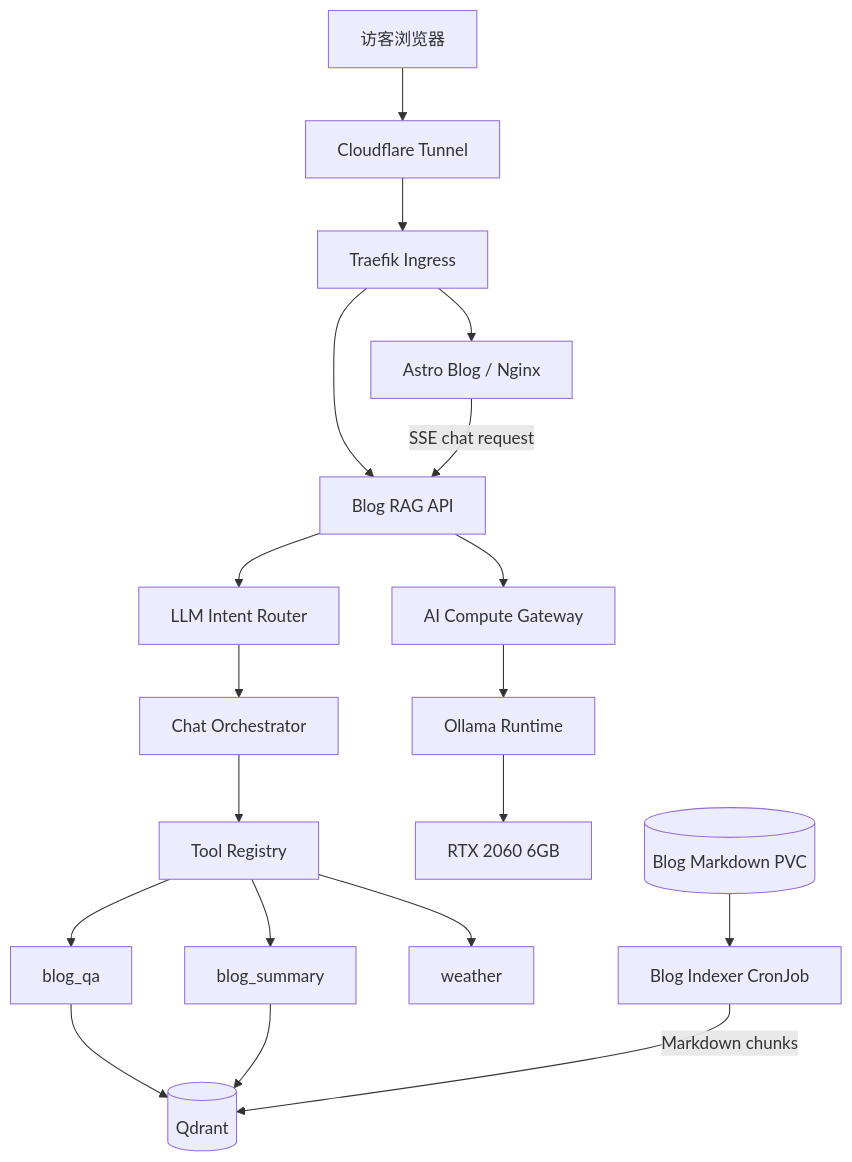
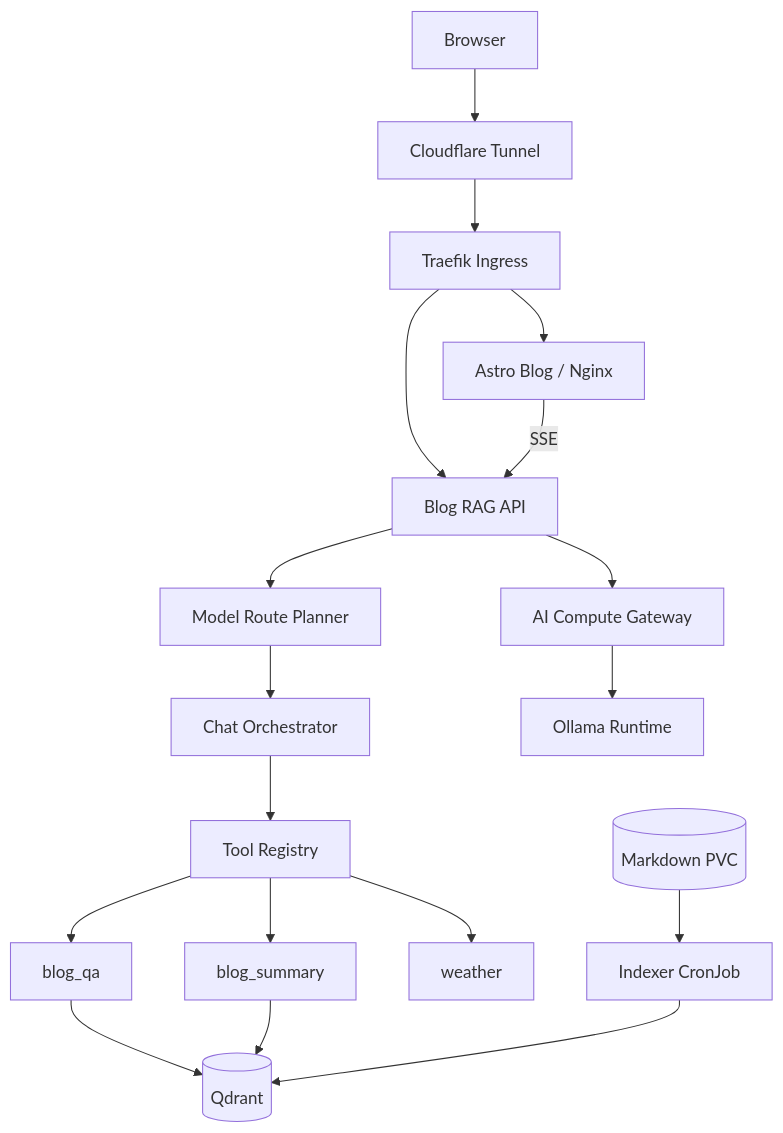
One commit to yinshengphy/blog changed the first of 3 diagrams in src/content/posts/building-a-blog-assistant.md. Above: the diagram before and after it, drawn with Mermaid. The commit also changed other lines of this file and 6 other files, not shown here.

````diff
--- a/src/content/posts/building-a-blog-assistant.md
+++ b/src/content/posts/building-a-blog-assistant.md
@@ -48,25 +53,24 @@
 ```mermaid
 flowchart TB
-    User[访客浏览器] --> Tunnel[Cloudflare Tunnel]
+    User[Browser] --> Tunnel[Cloudflare Tunnel]
     Tunnel --> Traefik[Traefik Ingress]
     Traefik --> Web[Astro Blog / Nginx]
     Traefik --> API[Blog RAG API]
 
-    Web -->|SSE chat request| API
-    API --> Router[LLM Intent Router]
+    Web -->|SSE| API
+    API --> Router[Model Route Planner]
     Router --> Orchestrator[Chat Orchestrator]
-    Orchestrator --> Tools[Tool Registry]
+    Orchestrator --> Registry[Tool Registry]
 
-    Tools --> BlogQA[blog_qa]
-    Tools --> Summary[blog_summary]
-    Tools --> Weather[weather]
+    Registry --> QA[blog_qa]
+    Registry --> Summary[blog_summary]
+    Registry --> Weather[weather]
 
-    BlogQA --> Qdrant[(Qdrant)]
+    QA --> Qdrant[(Qdrant)]
     Summary --> Qdrant
     API --> Gateway[AI Compute Gateway]
-    Gateway --> Ollama[Ollama Runtime]
-    Ollama --> GPU[RTX 2060 6GB]
+    Gateway --> Runtime[Ollama Runtime]
 
-    Indexer[Blog Indexer CronJob] -->|Markdown chunks| Qdrant
-    WebSource[(Blog Markdown PVC)] --> Indexer
+    Markdown[(Markdown PVC)] --> Indexer[Indexer CronJob]
+    Indexer --> Qdrant
 ```
````
